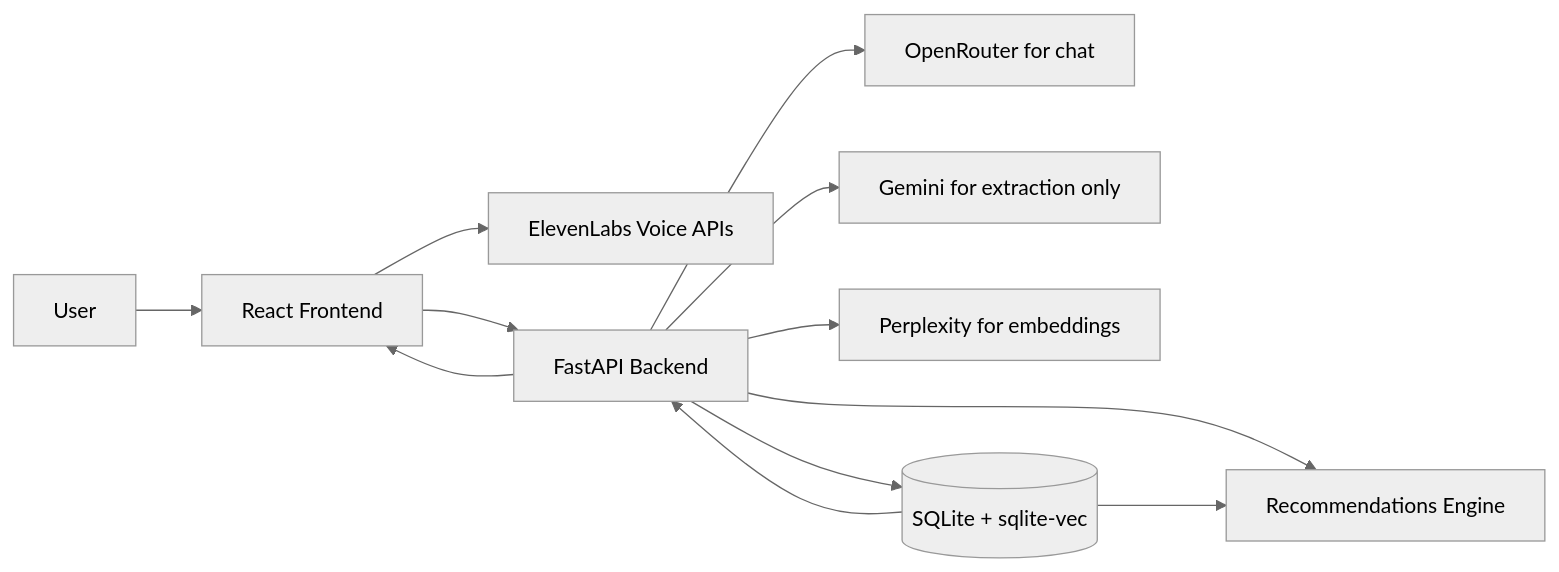
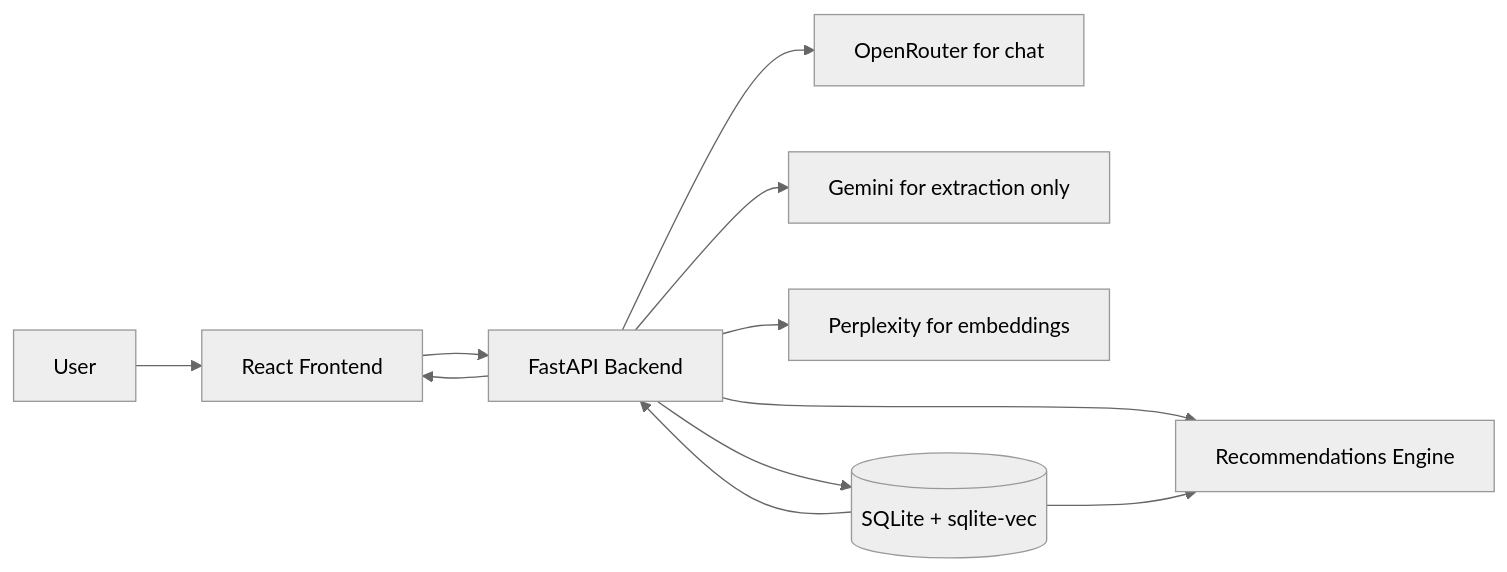
One commit to MrFunnything99/Open-Journal changed the first of 3 diagrams in README.md. Above: the diagram before and after it, drawn with Mermaid (neutral theme). The commit also changed other lines of this file and 13 other files, not shown here.

First line of the commit message:
Demo mode: Assisted Journal voice UI, Mistral-only TTS, remove ElevenLabs

````diff
--- a/README.md
+++ b/README.md
@@ -90,14 +90,13 @@
 ```mermaid
 flowchart LR
     U[User] --> FE[React Frontend]
-    FE --> VOICE[ElevenLabs Voice APIs]
     FE --> API[FastAPI Backend]
     API --> CHAT[OpenRouter for chat]
     API --> GEM[Gemini for extraction only]
     API --> PPLX[Perplexity for embeddings]
     API --> DB[(SQLite + sqlite-vec)]
     API --> REC[Recommendations Engine]
     DB --> REC
     DB --> API
     API --> FE
 ```
````
